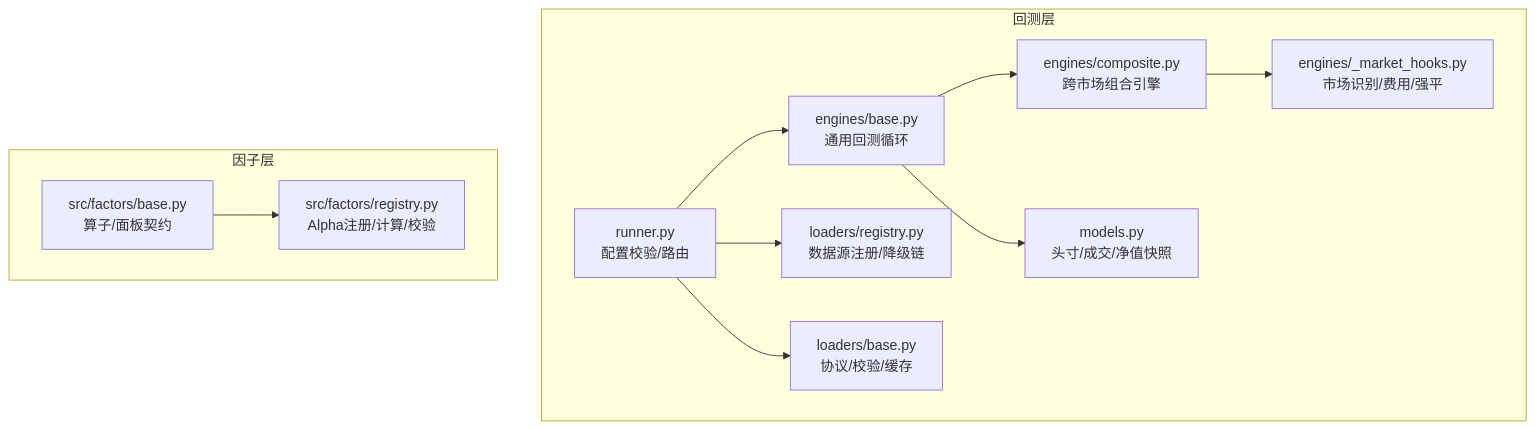
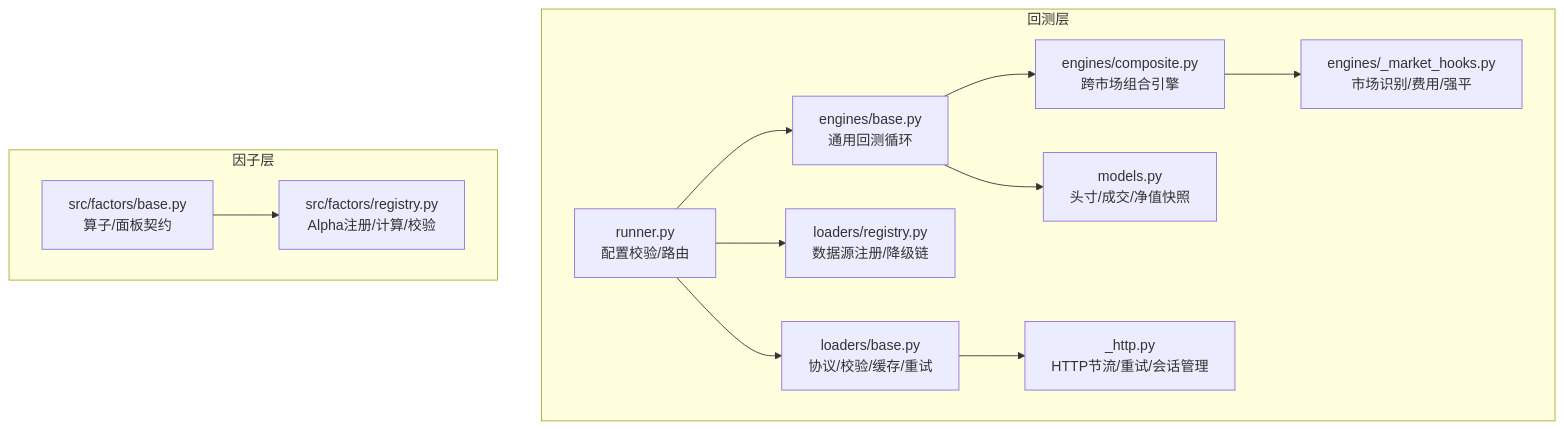
Before and after one commit to 20012002er/Vibe-Trading: the first of 7 diagrams in .qoder/repowiki/zh/content/量化回测引擎.md, drawn with Mermaid. The commit also changed other lines of this file and 96 other files, not shown here.

````diff
--- a/.qoder/repowiki/zh/content/量化回测引擎.md
+++ b/.qoder/repowiki/zh/content/量化回测引擎.md
@@ -36,23 +50,25 @@
 ```mermaid
 graph TB
 subgraph "回测层"
 R["runner.py<br/>配置校验/路由"]
 EBase["engines/base.py<br/>通用回测循环"]
 EComp["engines/composite.py<br/>跨市场组合引擎"]
 EH["engines/_market_hooks.py<br/>市场识别/费用/强平"]
-LBase["loaders/base.py<br/>协议/校验/缓存"]
+LBase["loaders/base.py<br/>协议/校验/缓存/重试"]
 LReg["loaders/registry.py<br/>数据源注册/降级链"]
+LHTTP["_http.py<br/>HTTP节流/重试/会话管理"]
 M["models.py<br/>头寸/成交/净值快照"]
 end
 subgraph "因子层"
 FBase["src/factors/base.py<br/>算子/面板契约"]
 FReg["src/factors/registry.py<br/>Alpha注册/计算/校验"]
 end
 R --> EBase
 EBase --> EComp
 EComp --> EH
 R --> LReg
 R --> LBase
 EBase --> M
 FBase --> FReg
+LBase --> LHTTP
 ```
````
